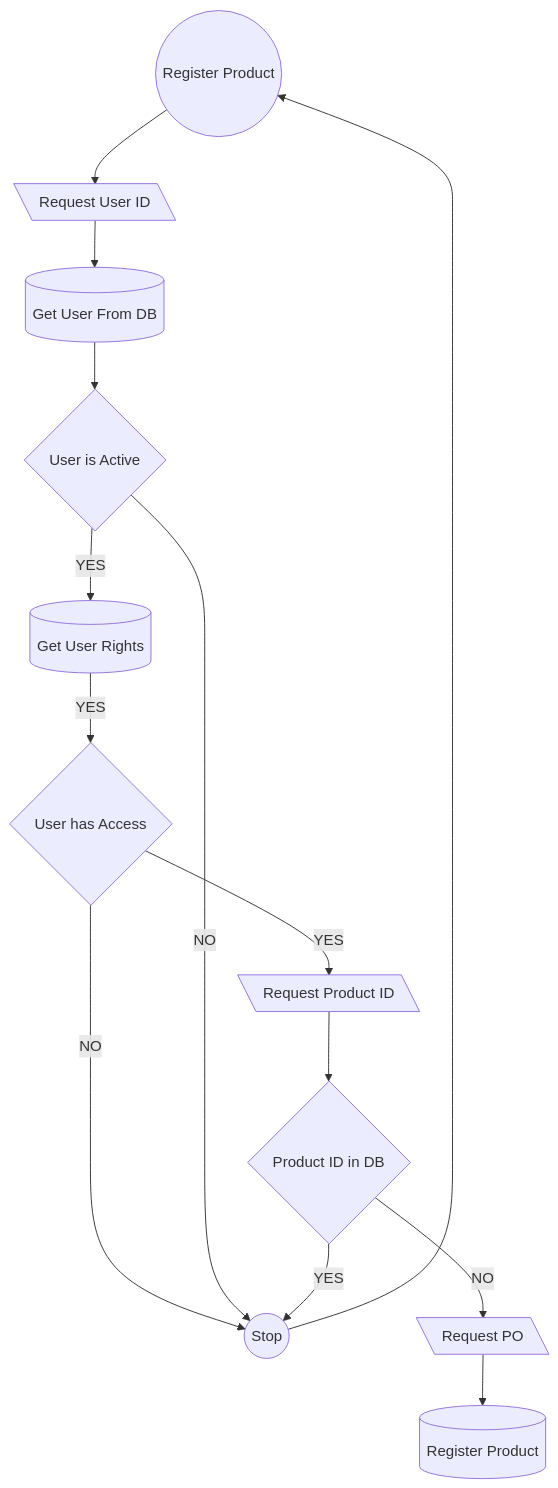
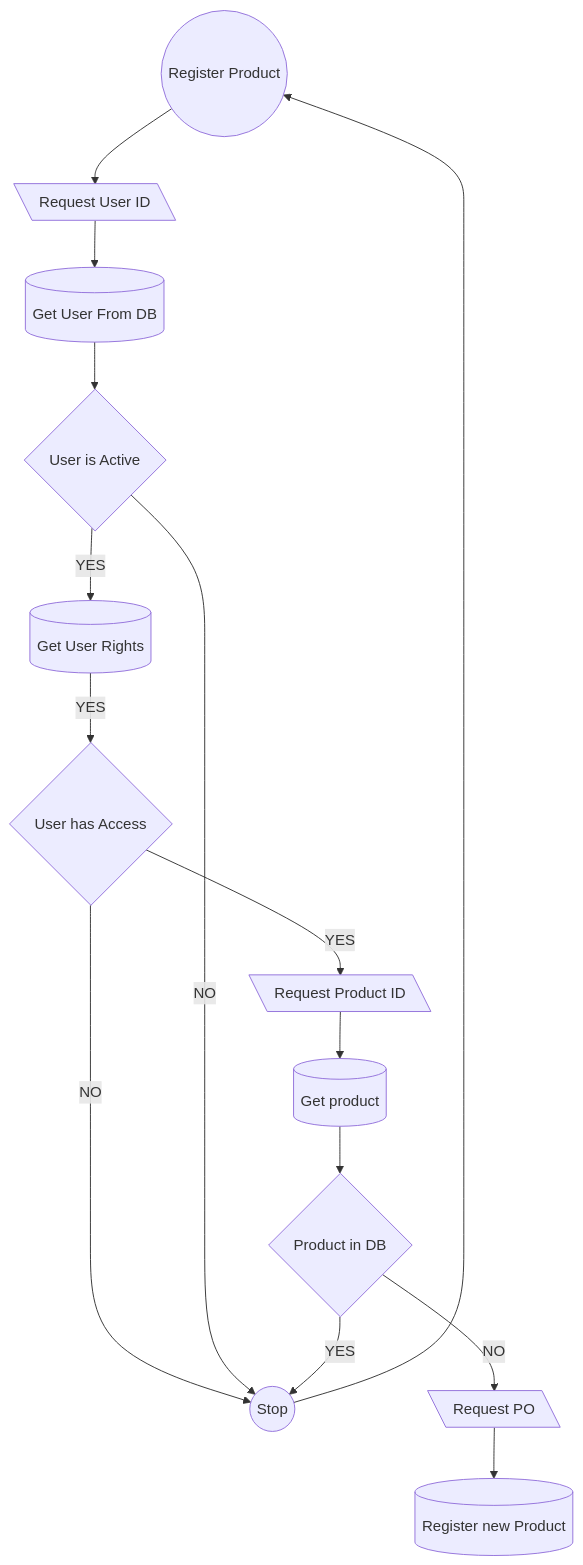
Before and after one commit to spreadsheetsonlineproject/hubner-lms: the diagram in Writerside/topics/RegisterProduct.md, drawn with Mermaid. The commit also changed other lines of this file, not shown here.

Commit message:
updated register product flow

````diff
--- a/Writerside/topics/RegisterProduct.md
+++ b/Writerside/topics/RegisterProduct.md
@@ -9,17 +9,18 @@
 ``` mermaid
 flowchart
 
     Flow((Register Product)) --> RequestUserID[\Request User ID\]
     Stop --> Flow
     RequestUserID --> GetUserFromDB[(Get User From DB)]
     GetUserFromDB --> UserIsActive{User is Active}
     UserIsActive -->|YES| GetUserRightsFromDB[(Get User Rights)]
     GetUserRightsFromDB -->|YES| UserHasAccess{User has Access}
     UserHasAccess -->|NO| Stop((Stop))
     UserIsActive -->|NO| Stop
     UserHasAccess -->|YES| RequestProductID[\Request Product ID\]
-    RequestProductID --> ProductIdInDB{Product ID in DB}
+    RequestProductID --> GetProduct[(Get product)]
+    GetProduct --> ProductIdInDB{Product in DB}
     ProductIdInDB -->|YES| Stop
     ProductIdInDB -->|NO| RequestPO[\Request PO\]
-    RequestPO --> RegisterProduct[(Register Product)]
+    RequestPO --> RegisterProduct[(Register new Product)]
 ```
````
